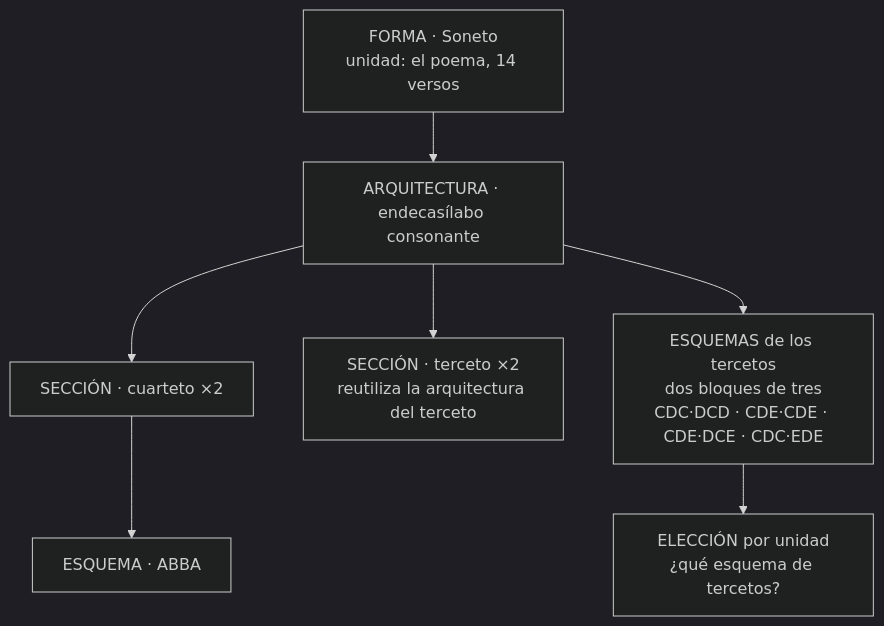
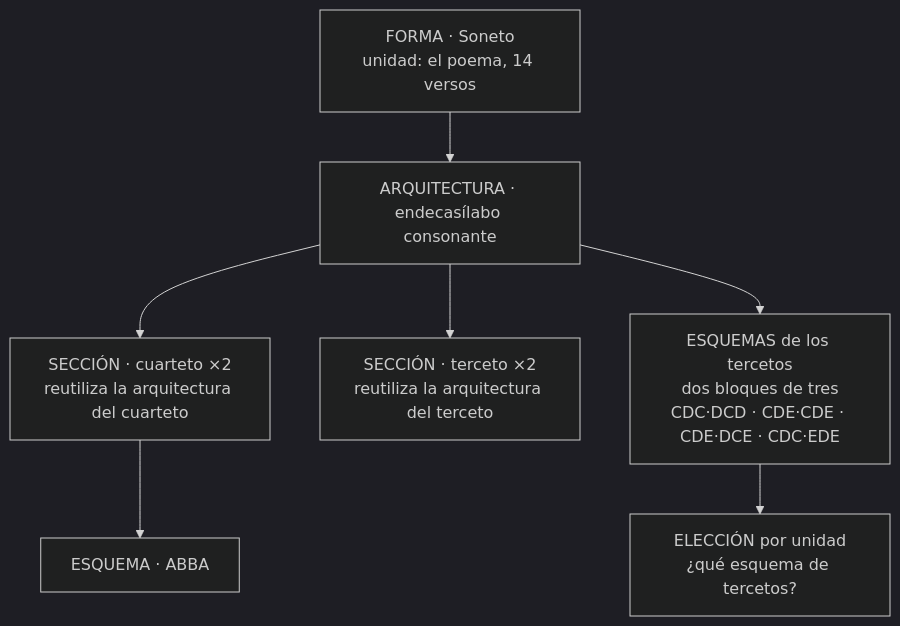
One commit to metadramaub/metadrama_db changed the third of 5 diagrams in docs/dominio-metrico/implementacion-metrica.md. Above: the diagram before and after it, drawn with Mermaid (dark theme). The commit also changed other lines of this file and 51 other files, not shown here.

````diff
--- a/docs/dominio-metrico/implementacion-metrica.md
+++ b/docs/dominio-metrico/implementacion-metrica.md
@@ -470,9 +471,9 @@
 ```mermaid
 flowchart TD
     F["FORMA · Soneto<br/>unidad: el poema, 14 versos"] --> A["ARQUITECTURA · endecasílabo consonante"]
-    A --> S1["SECCIÓN · cuarteto ×2"]
+    A --> S1["SECCIÓN · cuarteto ×2<br/>reutiliza la arquitectura del cuarteto"]
     A --> S2["SECCIÓN · terceto ×2<br/>reutiliza la arquitectura del terceto"]
     S1 --> R1["ESQUEMA · ABBA"]
     A --> R2["ESQUEMAS de los tercetos<br/>dos bloques de tres<br/>CDC·DCD · CDE·CDE · CDE·DCE · CDC·EDE"]
     R2 --> E["ELECCIÓN por unidad<br/>¿qué esquema de tercetos?"]
 ```
````
